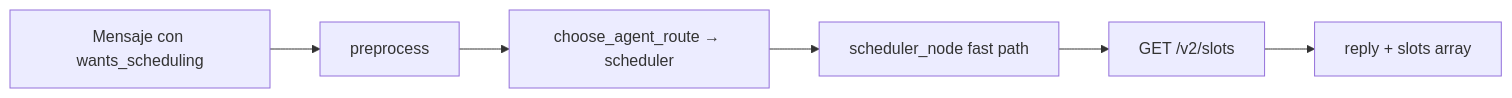
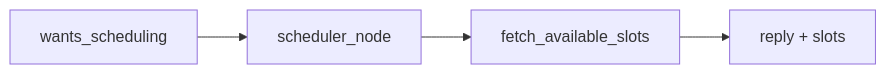
Before and after one commit to AlbertoSanzAlonso/cucarachas_web: the second of 2 diagrams in .agents/skills/bio_assistant/reference.md, drawn with Mermaid. The commit also changed other lines of this file and 14 other files, not shown here.

````diff
--- a/.agents/skills/bio_assistant/reference.md
+++ b/.agents/skills/bio_assistant/reference.md
@@ -26,8 +28,6 @@
 ```mermaid
 flowchart LR
-  A[Mensaje con wants_scheduling] --> B[preprocess]
-  B --> C[choose_agent_route → scheduler]
-  C --> D[scheduler_node fast path]
-  D --> E[GET /v2/slots]
-  E --> F[reply + slots array]
+  A[wants_scheduling] --> B[scheduler_node]
+  B --> C[fetch_available_slots]
+  C --> D[reply + slots]
 ```
````
